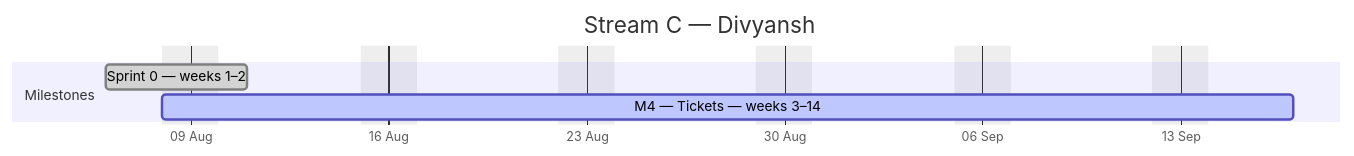
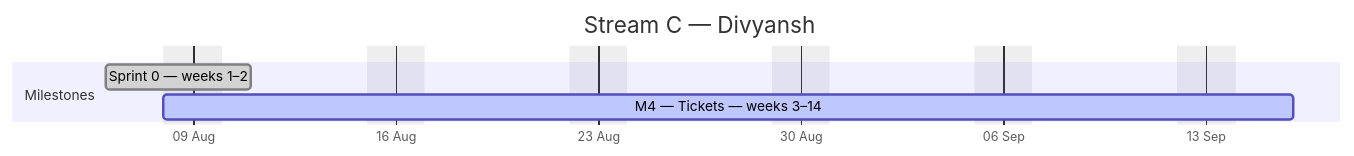
Before and after one commit to debashisedunext/EduTrack: the third of 4 diagrams in docs/plan/GANTT.md, drawn with Mermaid. The commit also changed other lines of this file and 3 other files, not shown here.

````diff
--- a/docs/plan/GANTT.md
+++ b/docs/plan/GANTT.md
@@ -120,10 +120,10 @@
 ```mermaid
 gantt
     dateFormat YYYY-MM-DD
     axisFormat %d %b
     title Stream C — Divyansh
     excludes weekends
     section Milestones
     Sprint 0 — weeks 1–2 :done, c0, 2026-08-06, 3d
-    M4 — Tickets — weeks 3–14 :active, c1, 2026-08-08, 29d
+    M4 — Tickets — weeks 3–14 :active, c1, 2026-08-08, 28d
 ```
````
